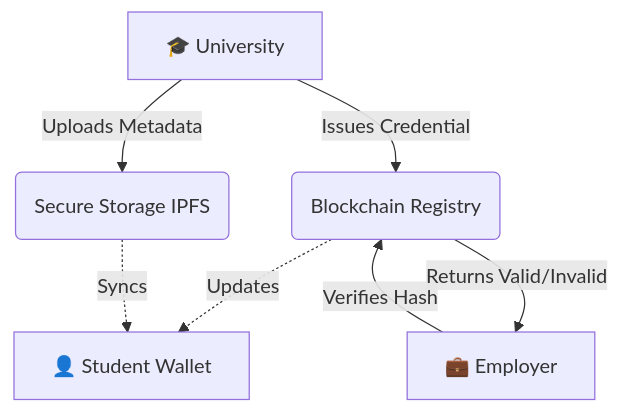
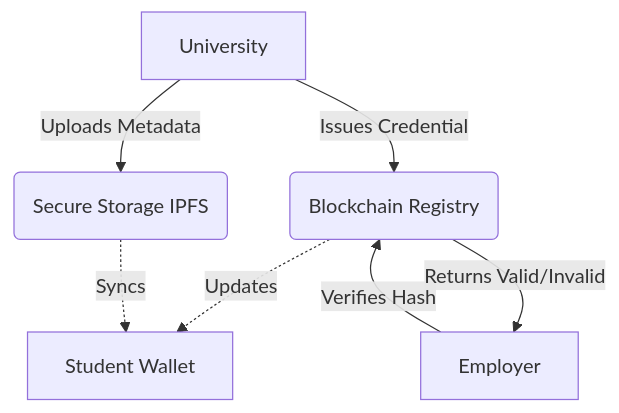
One commit to morningstarxcdcode/Decentralized-Academic-Identity-System changed the diagram in README.md. Above: the diagram before and after it, drawn with Mermaid. The commit also changed other lines of this file, not shown here.

````diff
--- a/README.md
+++ b/README.md
@@ -17,9 +17,9 @@
 ```mermaid
 graph TD
-    A[🎓 University] -->|Issues Credential| B(Blockchain Registry)
+    A[ University] -->|Issues Credential| B(Blockchain Registry)
     A -->|Uploads Metadata| C(Secure Storage IPFS)
-    B -.->|Updates| D[👤 Student Wallet]
+    B -.->|Updates| D[ Student Wallet]
     C -.->|Syncs| D
-    E[💼 Employer] -->|Verifies Hash| B
+    E[ Employer] -->|Verifies Hash| B
     B -->|Returns Valid/Invalid| E
 ```
````
